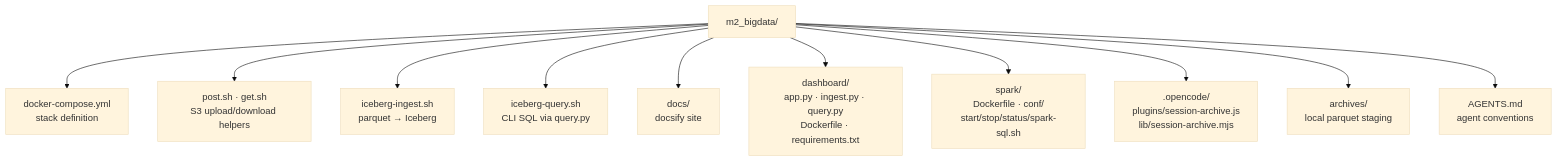
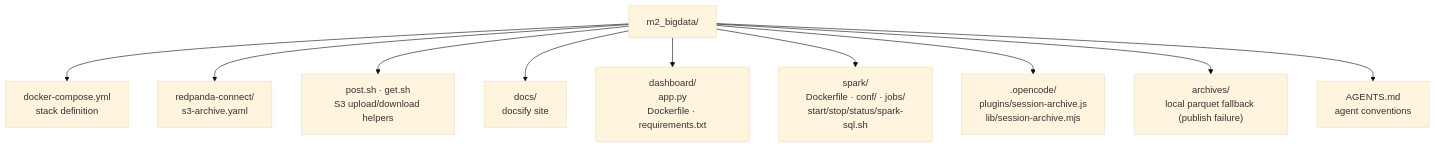
The sixth of 6 diagrams in docs/architecture.md (ogene70/m2_bigdata), drawn with Mermaid (base theme) before and after one commit. The commit also changed other lines of this file and 29 other files, not shown here.

First line of the commit message:
feat: implement Redpanda-driven session archival pipeline and update Lakehouse dashboard

````diff
--- a/docs/architecture.md
+++ b/docs/architecture.md
@@ -185,25 +201,23 @@
 ```mermaid
 flowchart TD
     ROOT["m2_bigdata/"]
     DC["docker-compose.yml<br/>stack definition"]
+    RPCF["redpanda-connect/<br/>s3-archive.yaml"]
     P1["post.sh · get.sh<br/>S3 upload/download helpers"]
-    P2["iceberg-ingest.sh<br/>parquet → Iceberg"]
-    P3["iceberg-query.sh<br/>CLI SQL via query.py"]
     DOCS["docs/<br/>docsify site"]
-    DASHF["dashboard/<br/>app.py · ingest.py · query.py<br/>Dockerfile · requirements.txt"]
-    SPARKF["spark/<br/>Dockerfile · conf/<br/>start/stop/status/spark-sql.sh"]
+    DASHF["dashboard/<br/>app.py<br/>Dockerfile · requirements.txt"]
+    SPARKF["spark/<br/>Dockerfile · conf/ · jobs/<br/>start/stop/status/spark-sql.sh"]
     OPP[".opencode/<br/>plugins/session-archive.js<br/>lib/session-archive.mjs"]
-    ARC["archives/<br/>local parquet staging"]
+    ARC["archives/<br/>local parquet fallback (publish failure)"]
     AG["AGENTS.md<br/>agent conventions"]
 
     ROOT --> DC
+    ROOT --> RPCF
     ROOT --> P1
-    ROOT --> P2
-    ROOT --> P3
     ROOT --> DOCS
     ROOT --> DASHF
     ROOT --> SPARKF
     ROOT --> OPP
     ROOT --> ARC
     ROOT --> AG
 ```
````
